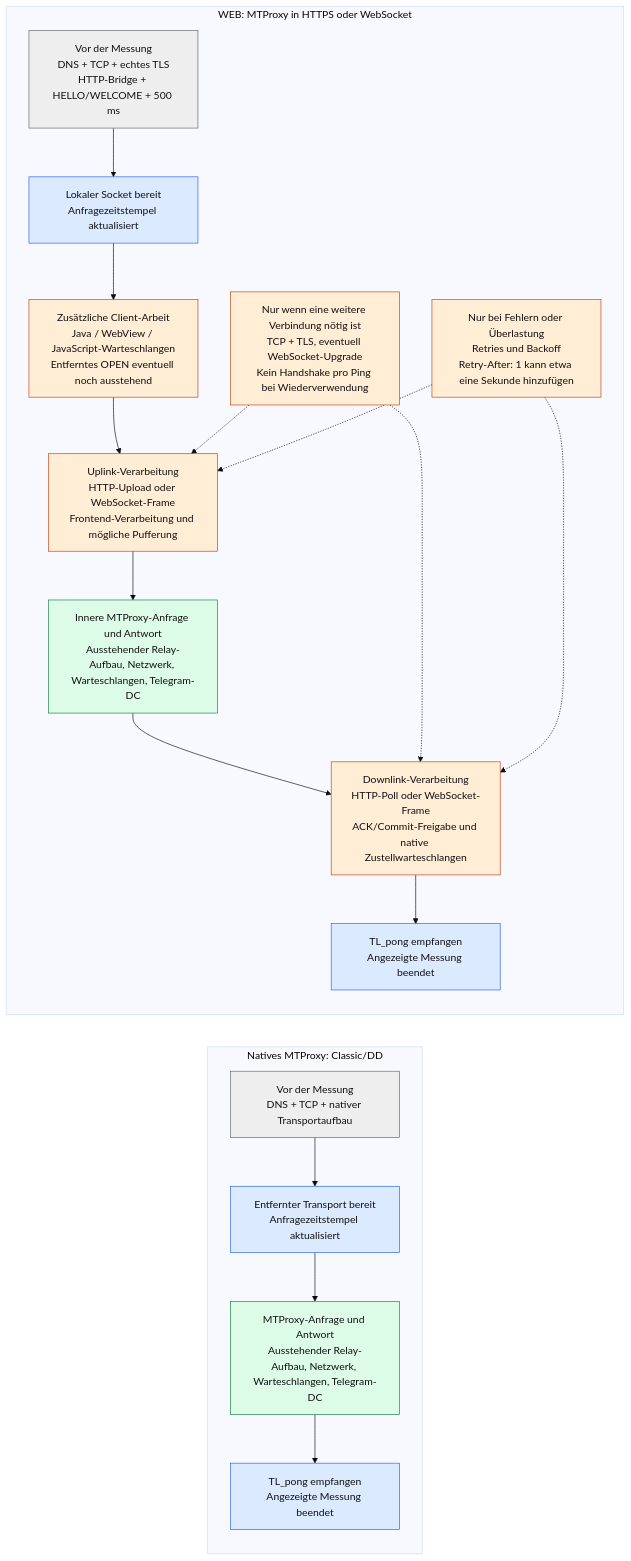
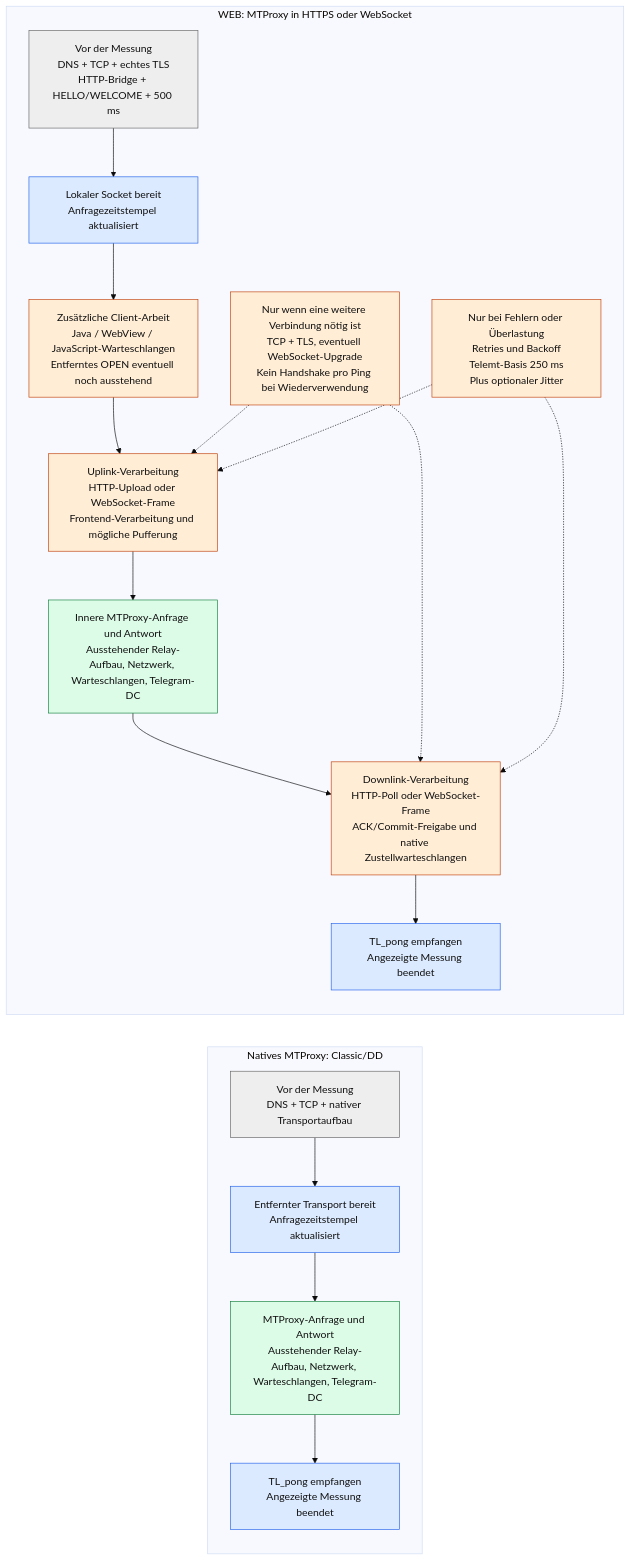
The third of 4 diagrams in docs/WEB/PROXY_PING.de.md (telemt/telemt), drawn with Mermaid (base theme) before and after one commit. The commit also changed other lines of this file and 9 other files, not shown here.

Commit message:
Retry Jitter in Docs

````diff
--- a/docs/WEB/PROXY_PING.de.md
+++ b/docs/WEB/PROXY_PING.de.md
@@ -82,27 +82,27 @@
 ```mermaid
 flowchart LR
     subgraph N["Natives MTProxy: Classic/DD"]
         direction TB
         N0["Vor der Messung<br/>DNS + TCP + nativer Transportaufbau"] --> N1["Entfernter Transport bereit<br/>Anfragezeitstempel aktualisiert"]
         N1 --> N2["MTProxy-Anfrage und Antwort<br/>Ausstehender Relay-Aufbau, Netzwerk, Warteschlangen, Telegram-DC"] --> N3["TL_pong empfangen<br/>Angezeigte Messung beendet"]
     end
     subgraph W["WEB: MTProxy in HTTPS oder WebSocket"]
         direction TB
         W0["Vor der Messung<br/>DNS + TCP + echtes TLS<br/>HTTP-Bridge + HELLO/WELCOME + 500 ms"] --> W1["Lokaler Socket bereit<br/>Anfragezeitstempel aktualisiert"]
         W1 --> W2["Zusätzliche Client-Arbeit<br/>Java / WebView / JavaScript-Warteschlangen<br/>Entferntes OPEN eventuell noch ausstehend"] --> W3["Uplink-Verarbeitung<br/>HTTP-Upload oder WebSocket-Frame<br/>Frontend-Verarbeitung und mögliche Pufferung"]
         W3 --> W4["Innere MTProxy-Anfrage und Antwort<br/>Ausstehender Relay-Aufbau, Netzwerk, Warteschlangen, Telegram-DC"] --> W5["Downlink-Verarbeitung<br/>HTTP-Poll oder WebSocket-Frame<br/>ACK/Commit-Freigabe und native Zustellwarteschlangen"]
         W5 --> W6["TL_pong empfangen<br/>Angezeigte Messung beendet"]
         X["Nur wenn eine weitere Verbindung nötig ist<br/>TCP + TLS, eventuell WebSocket-Upgrade<br/>Kein Handshake pro Ping bei Wiederverwendung"] -.-> W3
         X -.-> W5
-        R["Nur bei Fehlern oder Überlastung<br/>Retries und Backoff<br/>Retry-After: 1 kann etwa eine Sekunde hinzufügen"] -.-> W3
+        R["Nur bei Fehlern oder Überlastung<br/>Retries und Backoff<br/>Telemt-Basis 250 ms<br/>Plus optionaler Jitter"] -.-> W3
         R -.-> W5
     end
     classDef preparation fill:#eeeeee,stroke:#666666,color:#111111
     classDef boundary fill:#dbeafe,stroke:#2563eb,color:#111111
     classDef shared fill:#dcfce7,stroke:#15803d,color:#111111
     classDef extra fill:#ffedd5,stroke:#c2410c,color:#111111
     class N0,W0 preparation
     class N1,N3,W1,W6 boundary
     class N2,W4 shared
     class W2,W3,W5,X,R extra
 ```
````
